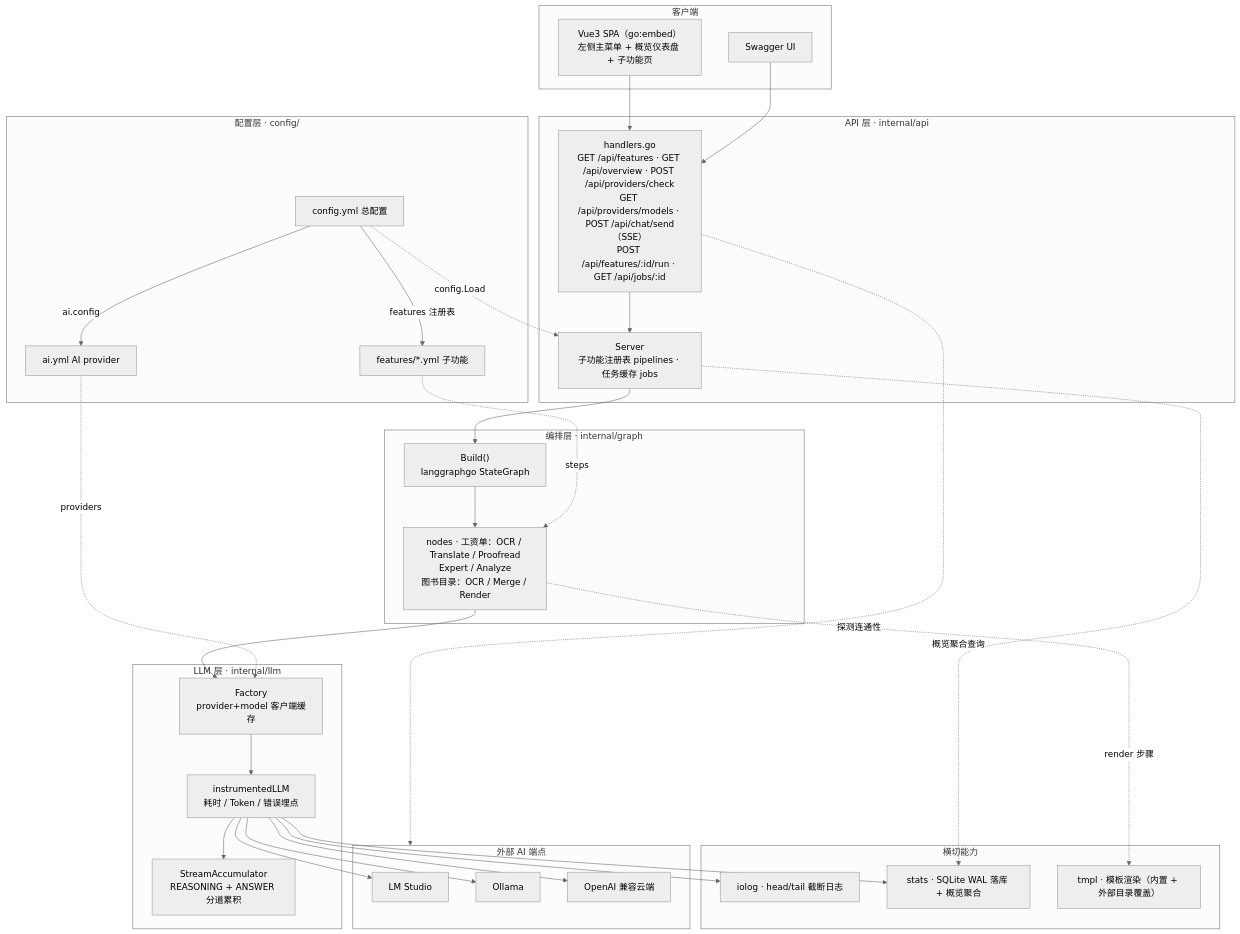
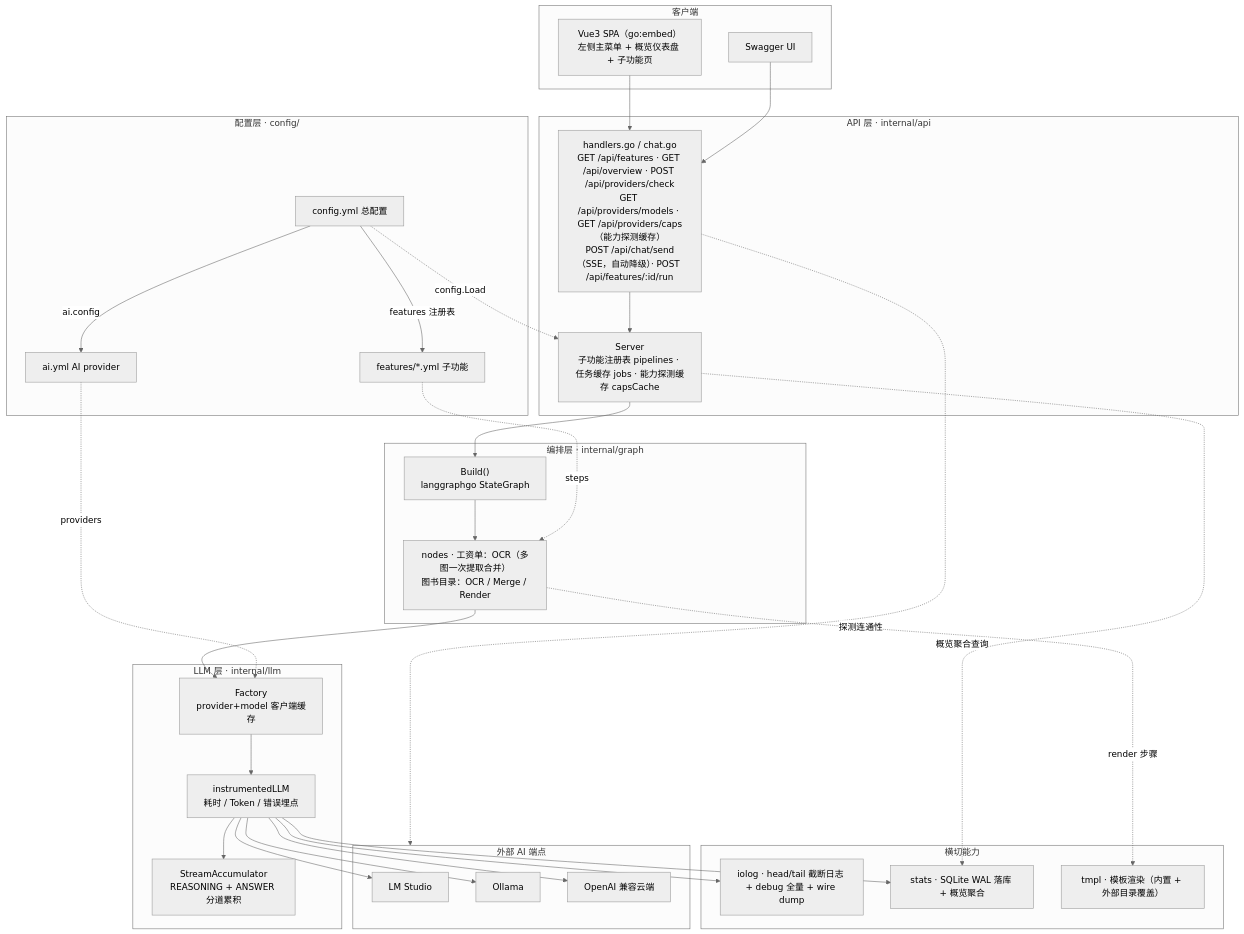
Before and after one commit to colin2wang/go-ai-agent: the third of 5 diagrams in README.md, drawn with Mermaid (neutral theme). The commit also changed other lines of this file and 1 other file, not shown here.

````diff
--- a/README.md
+++ b/README.md
@@ -215,63 +221,63 @@
 ```mermaid
 flowchart TB
     subgraph CLIENT["客户端"]
         UI["Vue3 SPA（go:embed）<br/>左侧主菜单 + 概览仪表盘 + 子功能页"]
         SWAGGER["Swagger UI"]
     end
 
     subgraph APPL["API 层 · internal/api"]
-        HANDLERS["handlers.go<br/>GET /api/features · GET /api/overview · POST /api/providers/check<br/>GET /api/providers/models · POST /api/chat/send（SSE）<br/>POST /api/features/:id/run · GET /api/jobs/:id"]
-        SRV["Server<br/>子功能注册表 pipelines · 任务缓存 jobs"]
+        HANDLERS["handlers.go / chat.go<br/>GET /api/features · GET /api/overview · POST /api/providers/check<br/>GET /api/providers/models · GET /api/providers/caps（能力探测缓存）<br/>POST /api/chat/send（SSE，自动降级）· POST /api/features/:id/run"]
+        SRV["Server<br/>子功能注册表 pipelines · 任务缓存 jobs · 能力探测缓存 capsCache"]
     end
 
     subgraph ORCH["编排层 · internal/graph"]
         BUILDER["Build()<br/>langgraphgo StateGraph"]
-        NODE["nodes · 工资单：OCR / Translate / Proofread<br/>Expert / Analyze<br/>图书目录：OCR / Merge / Render"]
+        NODE["nodes · 工资单：OCR（多图一次提取合并）<br/>图书目录：OCR / Merge / Render"]
     end
 
     subgraph LLML["LLM 层 · internal/llm"]
         FACTORY["Factory<br/>provider+model 客户端缓存"]
         WRAP["instrumentedLLM<br/>耗时 / Token / 错误埋点"]
         ACC["StreamAccumulator<br/>REASONING + ANSWER 分道累积"]
     end
 
     subgraph CROSS["横切能力"]
-        IOLOG["iolog · head/tail 截断日志"]
+        IOLOG["iolog · head/tail 截断日志 + debug 全量 + wire dump"]
         STATS["stats · SQLite WAL 落库 + 概览聚合"]
         TPL["tmpl · 模板渲染（内置 + 外部目录覆盖）"]
     end
 
     subgraph CONF["配置层 · config/"]
         C1["config.yml 总配置"]
         C2["ai.yml AI provider"]
         C3["features/*.yml 子功能"]
     end
 
     subgraph PROVIDERS["外部 AI 端点"]
         LM["LM Studio"]
         OL["Ollama"]
         OA["OpenAI 兼容云端"]
     end
 
     UI --> HANDLERS
     SWAGGER --> HANDLERS
     HANDLERS --> SRV
     SRV --> BUILDER
     BUILDER --> NODE
     NODE --> FACTORY
     NODE -.->|render 步骤| TPL
     FACTORY --> WRAP
     WRAP --> ACC
     WRAP --> IOLOG
     WRAP --> STATS
     SRV -.->|概览聚合查询| STATS
     WRAP --> LM
     WRAP --> OL
     WRAP --> OA
     HANDLERS -.->|探测连通性| PROVIDERS
     C1 -->|ai.config| C2
     C1 -->|features 注册表| C3
     C1 -.->|config.Load| SRV
     C2 -.->|providers| FACTORY
     C3 -.->|steps| NODE
 ```
````
